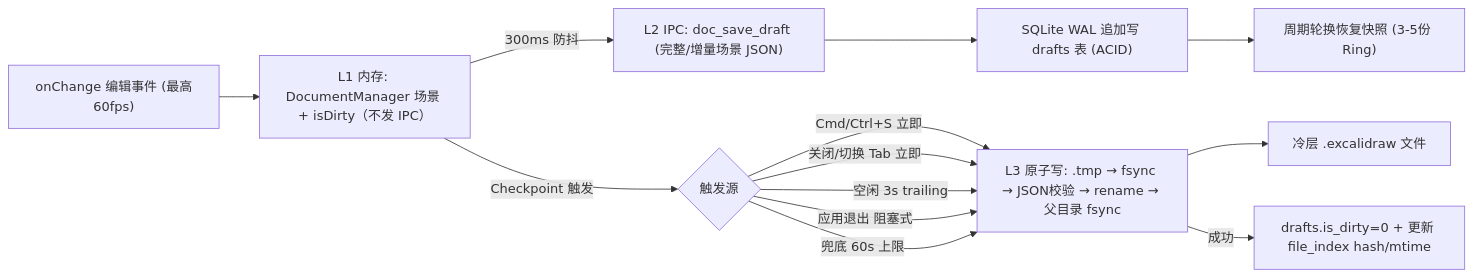
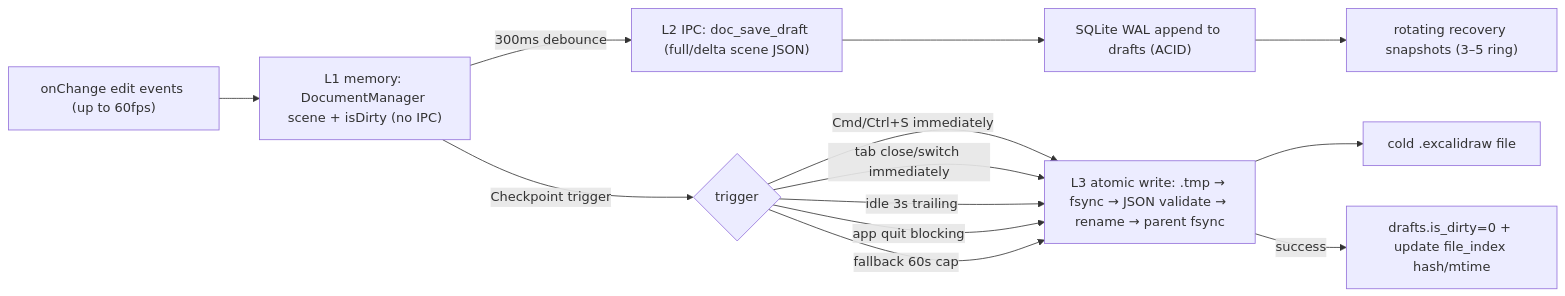
The second of 5 diagrams in docs/architecture.md (ignacioli/excalidraw-desktop), drawn with Mermaid before and after one commit. The commit also changed other lines of this file and 7 other files, not shown here.

First line of the commit message:
docs: publish English architecture and quickstart

````diff
--- a/docs/architecture.md
+++ b/docs/architecture.md
@@ -83,15 +85,15 @@
 ```mermaid
 flowchart LR
-    Change["onChange 编辑事件 (最高60fps)"] --> Mem["L1 内存: DocumentManager 场景 + isDirty（不发 IPC）"]
-    Mem -->|"300ms 防抖"| DraftIpc["L2 IPC: doc_save_draft (完整/增量场景 JSON)"]
-    DraftIpc --> WalWrite["SQLite WAL 追加写 drafts 表 (ACID)"]
-    WalWrite --> Snap["周期轮换恢复快照 (3-5份 Ring)"]
-    Mem -->|"Checkpoint 触发"| Ckpt{"触发源"}
-    Ckpt -->|"Cmd/Ctrl+S 立即"| Atomic
-    Ckpt -->|"关闭/切换 Tab 立即"| Atomic
-    Ckpt -->|"空闲 3s trailing"| Atomic
-    Ckpt -->|"应用退出 阻塞式"| Atomic
-    Ckpt -->|"兜底 60s 上限"| Atomic
-    Atomic["L3 原子写: .tmp → fsync → JSON校验 → rename → 父目录 fsync"] --> ColdFile["冷层 .excalidraw 文件"]
-    Atomic -->|"成功"| MarkClean["drafts.is_dirty=0 + 更新 file_index hash/mtime"]
+    Change["onChange edit events (up to 60fps)"] --> Mem["L1 memory: DocumentManager scene + isDirty (no IPC)"]
+    Mem -->|"300ms debounce"| DraftIpc["L2 IPC: doc_save_draft (full/delta scene JSON)"]
+    DraftIpc --> WalWrite["SQLite WAL append to drafts (ACID)"]
+    WalWrite --> Snap["rotating recovery snapshots (3–5 ring)"]
+    Mem -->|"Checkpoint trigger"| Ckpt{"trigger"}
+    Ckpt -->|"Cmd/Ctrl+S immediately"| Atomic
+    Ckpt -->|"tab close/switch immediately"| Atomic
+    Ckpt -->|"idle 3s trailing"| Atomic
+    Ckpt -->|"app quit blocking"| Atomic
+    Ckpt -->|"fallback 60s cap"| Atomic
+    Atomic["L3 atomic write: .tmp → fsync → JSON validate → rename → parent fsync"] --> ColdFile["cold .excalidraw file"]
+    Atomic -->|"success"| MarkClean["drafts.is_dirty=0 + update file_index hash/mtime"]
 ```
````
